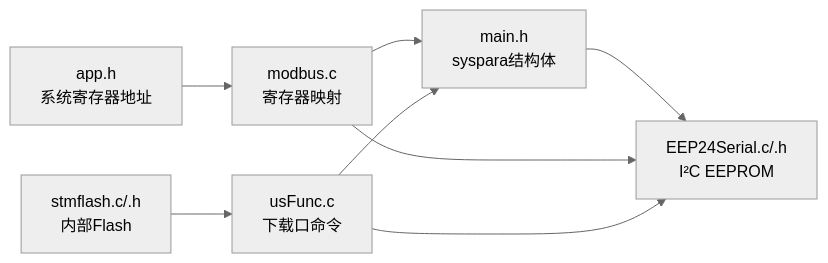
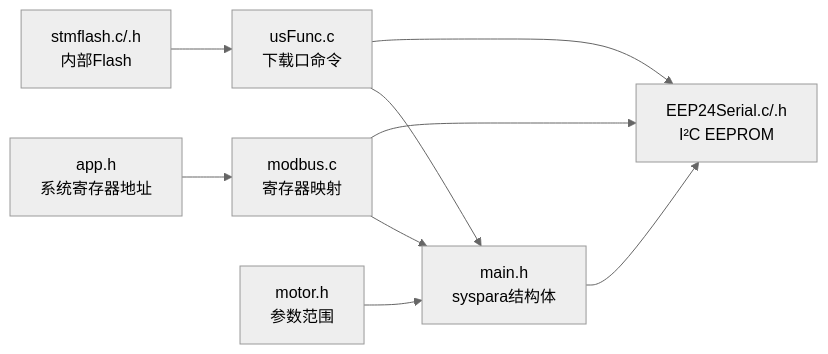
One commit to zym787/general-switcher changed the seventh of 7 diagrams in .qoder/repowiki/zh/content/参数管理系统.md. Above: the diagram before and after it, drawn with Mermaid (neutral theme). The commit also changed other lines of this file and 2 other files, not shown here.

````diff
--- a/.qoder/repowiki/zh/content/参数管理系统.md
+++ b/.qoder/repowiki/zh/content/参数管理系统.md
@@ -384,10 +398,11 @@
 ```mermaid
 graph LR
 APP_DEF["main.h<br/>syspara结构体"] --> HW_EEP["EEP24Serial.c/.h<br/>I²C EEPROM"]
 APP_APP["app.h<br/>系统寄存器地址"] --> MB["modbus.c<br/>寄存器映射"]
 MB --> APP_DEF
 MB --> HW_EEP
 USF["usFunc.c<br/>下载口命令"] --> APP_DEF
 USF --> HW_EEP
 HW_FLASH["stmflash.c/.h<br/>内部Flash"] --> USF
+MOTOR["motor.h<br/>参数范围"] --> APP_DEF
 ```
````
